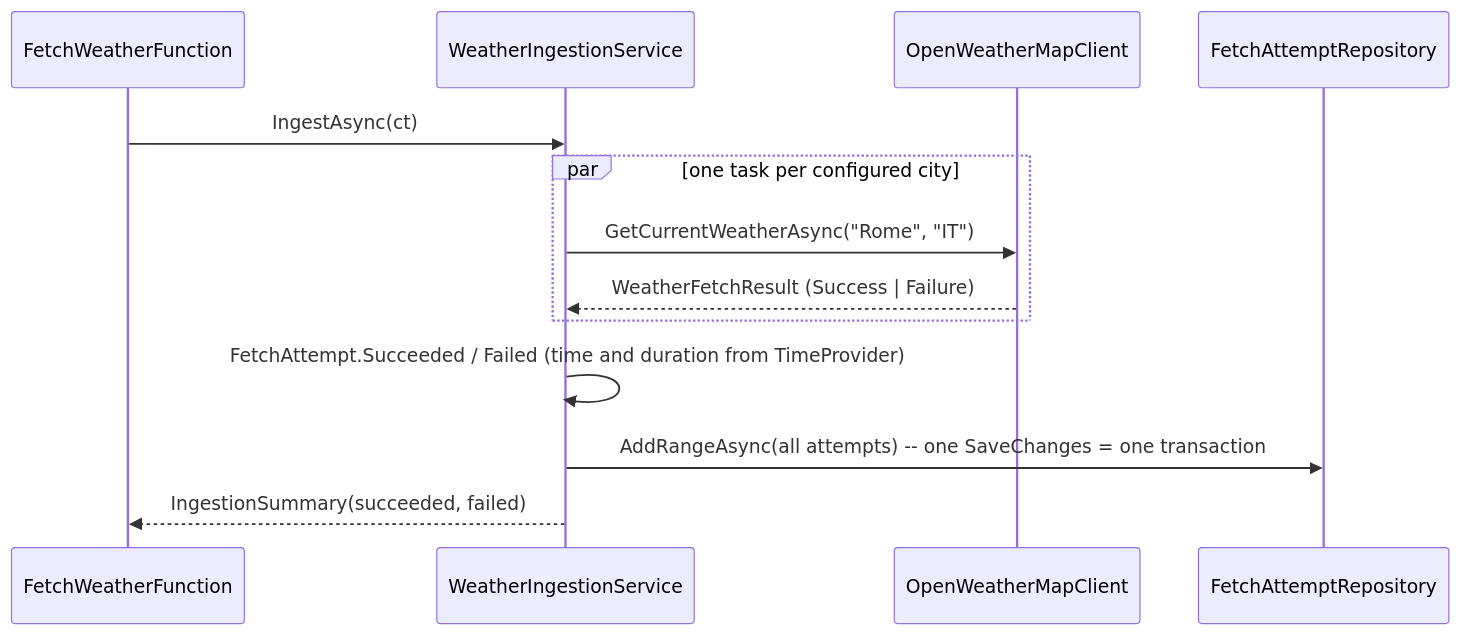
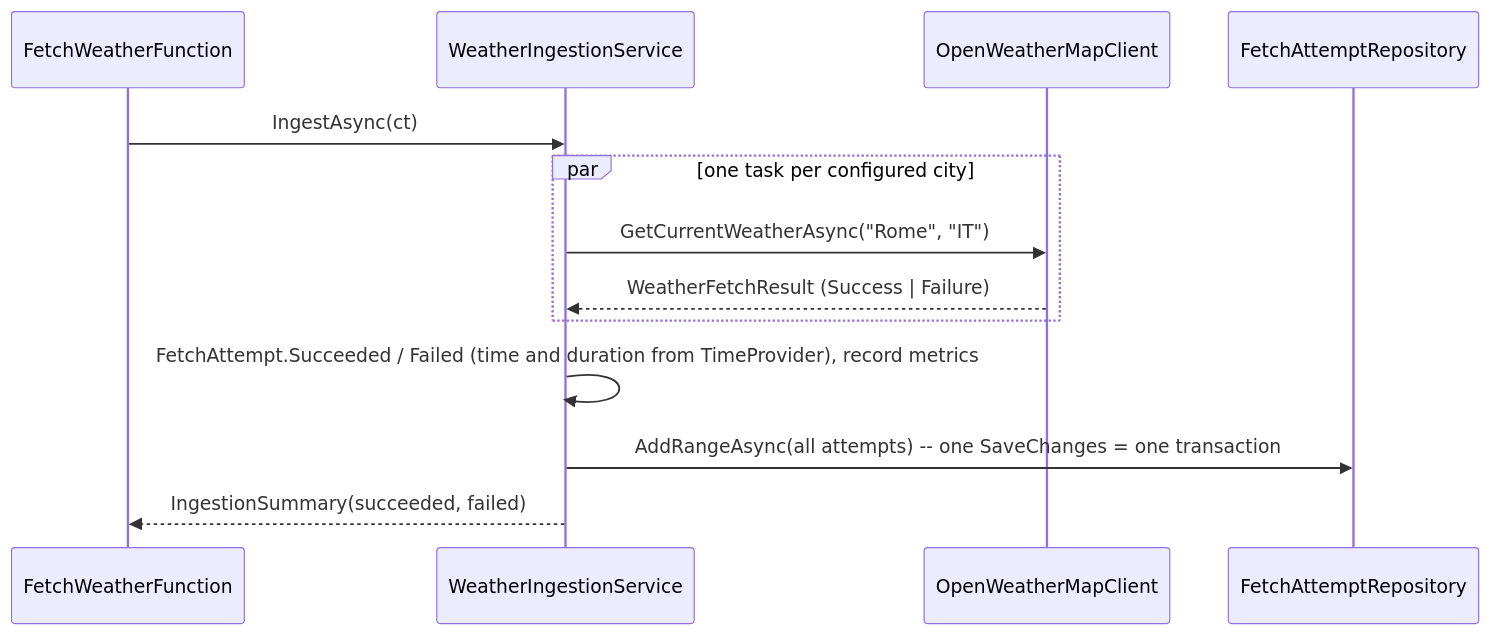
One commit to Dmitrijs-Blinkovs/weather-monitor changed the third of 3 diagrams in docs/architecture.md. Above: the diagram before and after it, drawn with Mermaid. The commit also changed other lines of this file and 89 other files, not shown here.

````diff
--- a/docs/architecture.md
+++ b/docs/architecture.md
@@ -102,15 +114,15 @@
 ```mermaid
 sequenceDiagram
     participant Timer as FetchWeatherFunction
     participant Svc as WeatherIngestionService
     participant OWM as OpenWeatherMapClient
     participant Repo as FetchAttemptRepository
     Timer->>Svc: IngestAsync(ct)
     par one task per configured city
         Svc->>OWM: GetCurrentWeatherAsync("Rome", "IT")
         OWM-->>Svc: WeatherFetchResult (Success | Failure)
     end
-    Svc->>Svc: FetchAttempt.Succeeded / Failed (time and duration from TimeProvider)
+    Svc->>Svc: FetchAttempt.Succeeded / Failed (time and duration from TimeProvider), record metrics
     Svc->>Repo: AddRangeAsync(all attempts)  -- one SaveChanges = one transaction
     Svc-->>Timer: IngestionSummary(succeeded, failed)
 ```
````
